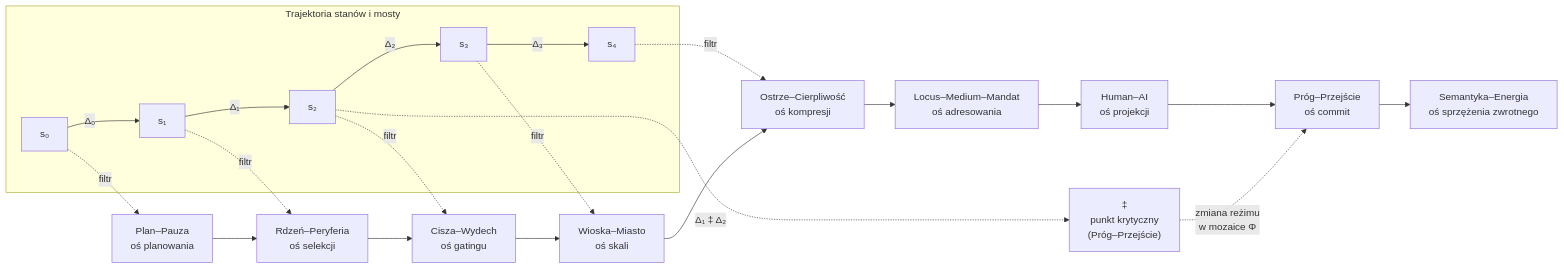
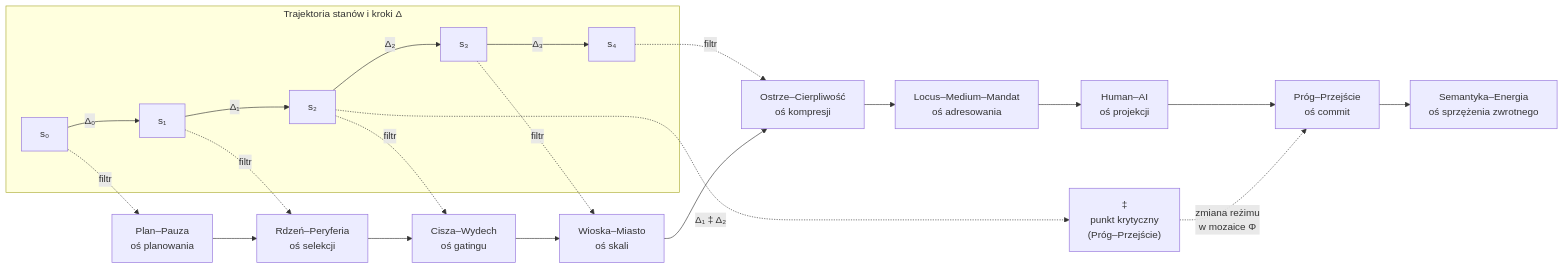
Before and after one commit to DonkeyJJLove/chunk-chunk: the first of 2 diagrams in README.MD, drawn with Mermaid. The commit also changed other lines of this file, not shown here.

````diff
--- a/README.MD
+++ b/README.MD
@@ -56,37 +128,37 @@
 ```mermaid
 flowchart LR
 
-    subgraph Traj["Trajektoria stanów i mosty"]
+    subgraph Traj["Trajektoria stanów i kroki Δ"]
         s0["s₀"]
         s1["s₁"]
         s2["s₂"]
         s3["s₃"]
         s4["s₄"]
 
         s0 -->|"Δ₀"| s1 -->|"Δ₁"| s2 -->|"Δ₂"| s3 -->|"Δ₃"| s4
     end
 
     Bridge1["Plan–Pauza<br/>oś planowania"]
     Bridge2["Rdzeń–Peryferia<br/>oś selekcji"]
     Bridge3["Cisza–Wydech<br/>oś gatingu"]
     Bridge4["Wioska–Miasto<br/>oś skali"]
     Bridge5["Ostrze–Cierpliwość<br/>oś kompresji"]
     Bridge6["Locus–Medium–Mandat<br/>oś adresowania"]
     Bridge7["Human–AI<br/>oś projekcji"]
     Bridge8["Próg–Przejście<br/>oś commit"]
     Bridge9["Semantyka–Energia<br/>oś sprzężenia zwrotnego"]
 
     s0 -. "filtr" .-> Bridge1
     s1 -. "filtr" .-> Bridge2
     s2 -. "filtr" .-> Bridge3
     s3 -. "filtr" .-> Bridge4
     s4 -. "filtr" .-> Bridge5
 
     Bridge1 --> Bridge2 --> Bridge3 --> Bridge4 --> Bridge5 --> Bridge6 --> Bridge7 --> Bridge8 --> Bridge9
 
     Critical["‡<br/>punkt krytyczny<br/>(Próg–Przejście)"]
 
     s2 -. "Δ₁ ‡ Δ₂" .-> Critical
     Critical -. "zmiana reżimu<br/>w mozaice Φ" .-> Bridge8
 
 ```
````
